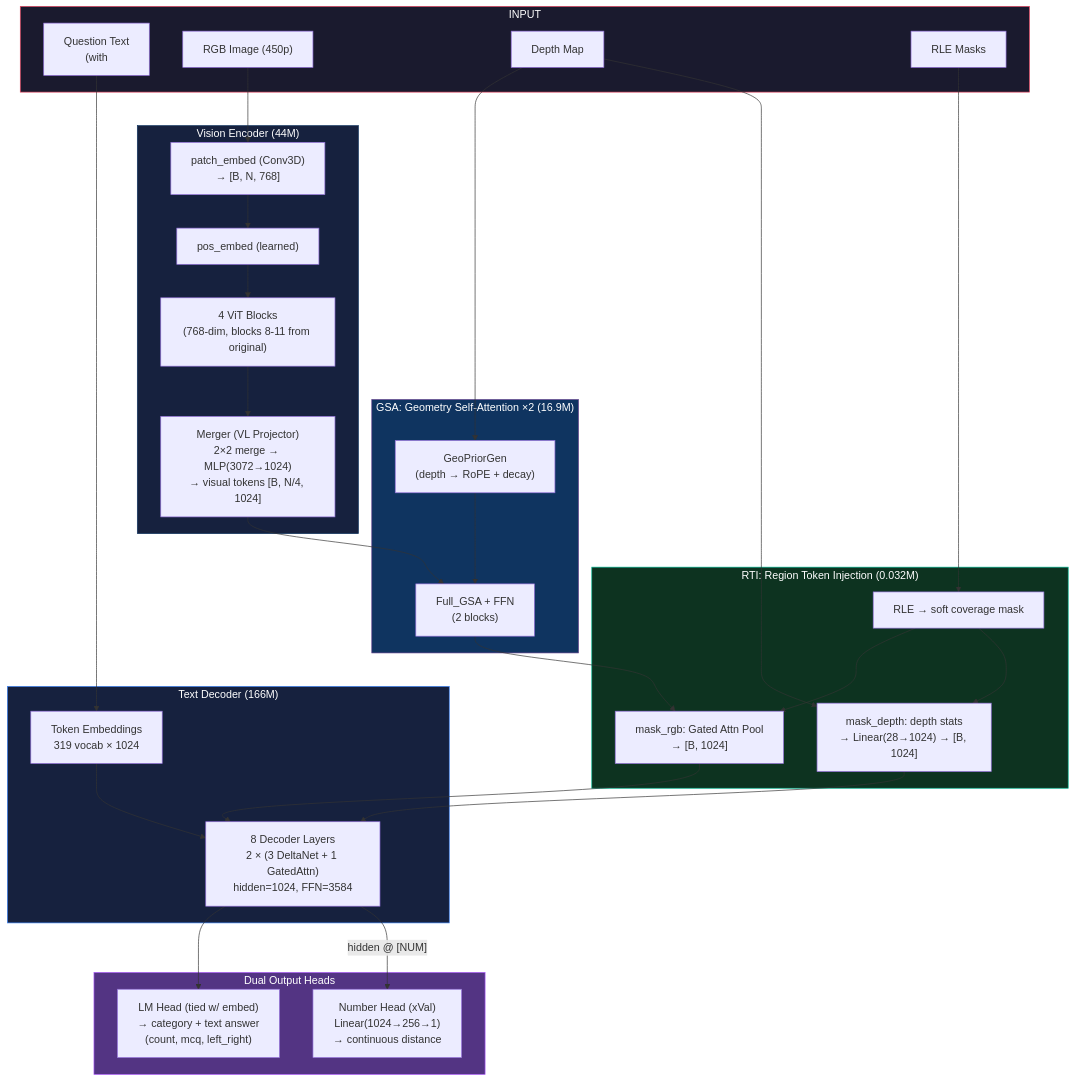
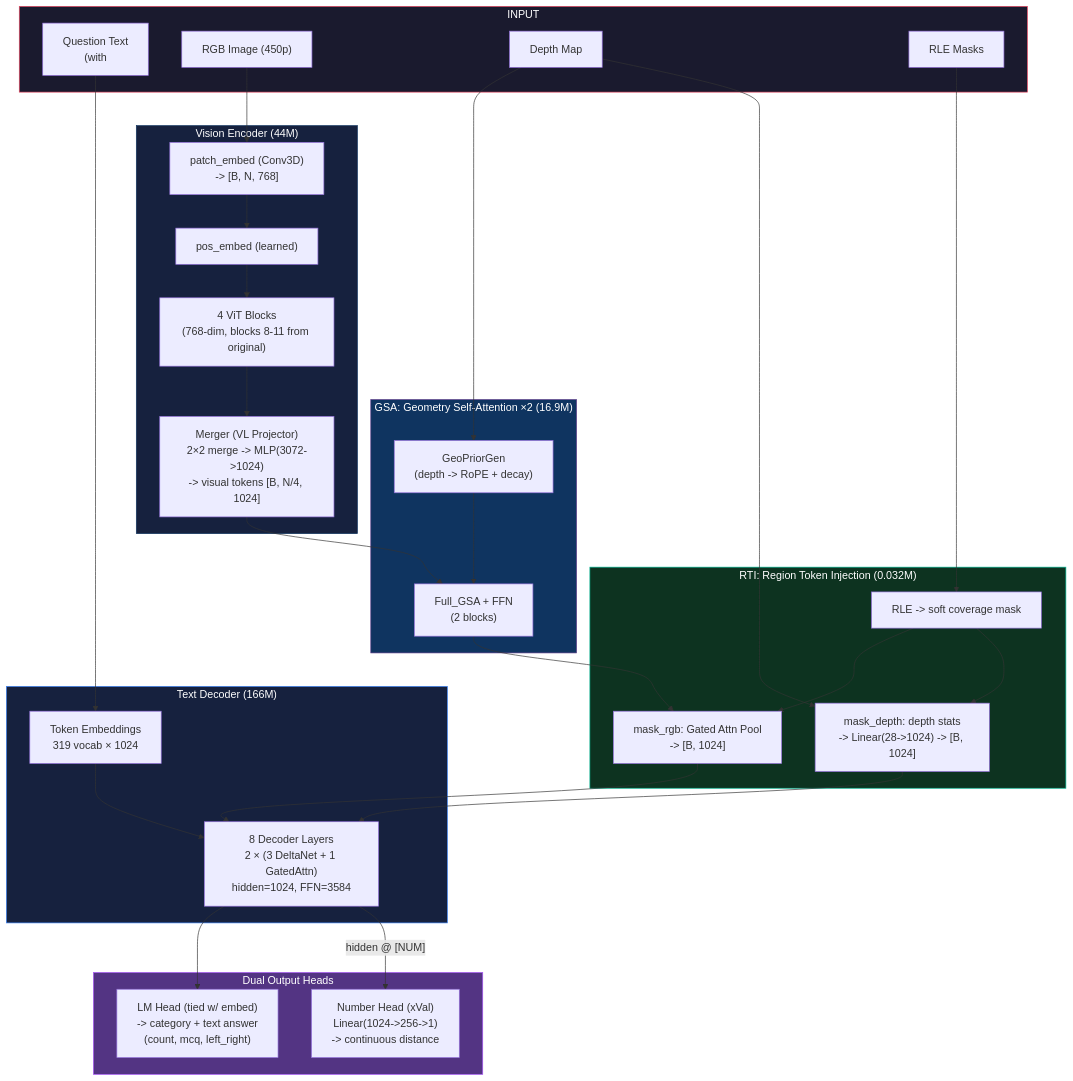
One commit to ZenHKD/Thesis changed the diagram in model_micro/architecture_micro.md. Above: the diagram before and after it, drawn with Mermaid. The commit also changed other lines of this file and 6 other files, not shown here.

````diff
--- a/model_micro/architecture_micro.md
+++ b/model_micro/architecture_micro.md
@@ -168,61 +168,61 @@
 ```mermaid
 flowchart TB
     subgraph INPUT["INPUT"]
         Q["Question Text\n(with <mask> placeholders)"]
         RGB["RGB Image (450p)"]
         D["Depth Map"]
         RLE["RLE Masks"]
     end
 
     subgraph VISION["Vision Encoder (44M)"]
-        PE["patch_embed (Conv3D)\n→ [B, N, 768]"]
+        PE["patch_embed (Conv3D)\n-> [B, N, 768]"]
         POS["pos_embed (learned)"]
         VIT["4 ViT Blocks\n(768-dim, blocks 8-11 from original)"]
-        MG["Merger (VL Projector)\n2×2 merge → MLP(3072→1024)\n→ visual tokens [B, N/4, 1024]"]
+        MG["Merger (VL Projector)\n2×2 merge -> MLP(3072->1024)\n-> visual tokens [B, N/4, 1024]"]
         PE --> POS --> VIT --> MG
     end
 
     subgraph GSA["GSA: Geometry Self-Attention ×2 (16.9M)"]
-        GP["GeoPriorGen\n(depth → RoPE + decay)"]
+        GP["GeoPriorGen\n(depth -> RoPE + decay)"]
         FGSA["Full_GSA + FFN\n(2 blocks)"]
         GP --> FGSA
     end
 
     subgraph RTI["RTI: Region Token Injection (0.032M)"]
-        SOFT["RLE → soft coverage mask"]
-        MRGB["mask_rgb: Gated Attn Pool\n→ [B, 1024]"]
-        MDEP["mask_depth: depth stats\n→ Linear(28→1024) → [B, 1024]"]
+        SOFT["RLE -> soft coverage mask"]
+        MRGB["mask_rgb: Gated Attn Pool\n-> [B, 1024]"]
+        MDEP["mask_depth: depth stats\n-> Linear(28->1024) -> [B, 1024]"]
         SOFT --> MRGB & MDEP
     end
 
     subgraph DECODER["Text Decoder (166M)"]
         EMB["Token Embeddings\n319 vocab × 1024"]
         DEC["8 Decoder Layers\n2 × (3 DeltaNet + 1 GatedAttn)\nhidden=1024, FFN=3584"]
         EMB --> DEC
     end
 
     subgraph HEADS["Dual Output Heads"]
-        LM["LM Head (tied w/ embed)\n→ category + text answer\n(count, mcq, left_right)"]
-        NUM["Number Head (xVal)\nLinear(1024→256→1)\n→ continuous distance"]
+        LM["LM Head (tied w/ embed)\n-> category + text answer\n(count, mcq, left_right)"]
+        NUM["Number Head (xVal)\nLinear(1024->256->1)\n-> continuous distance"]
     end
 
     RGB --> PE
     D --> GP
     D --> MDEP
     RLE --> SOFT
     MG --> FGSA
     FGSA --> MRGB
     Q --> EMB
     MRGB --> DEC
     MDEP --> DEC
 
     DEC --> LM
     DEC -->|"hidden @ [NUM]"| NUM
 
     style INPUT fill:#1a1a2e,stroke:#e94560,color:#fff
     style VISION fill:#16213e,stroke:#0f3460,color:#fff
     style GSA fill:#0f3460,stroke:#533483,color:#fff
     style RTI fill:#0d3320,stroke:#00b894,color:#fff
     style DECODER fill:#16213e,stroke:#3b82f6,color:#fff
     style HEADS fill:#533483,stroke:#a855f7,color:#fff
 ```
````
